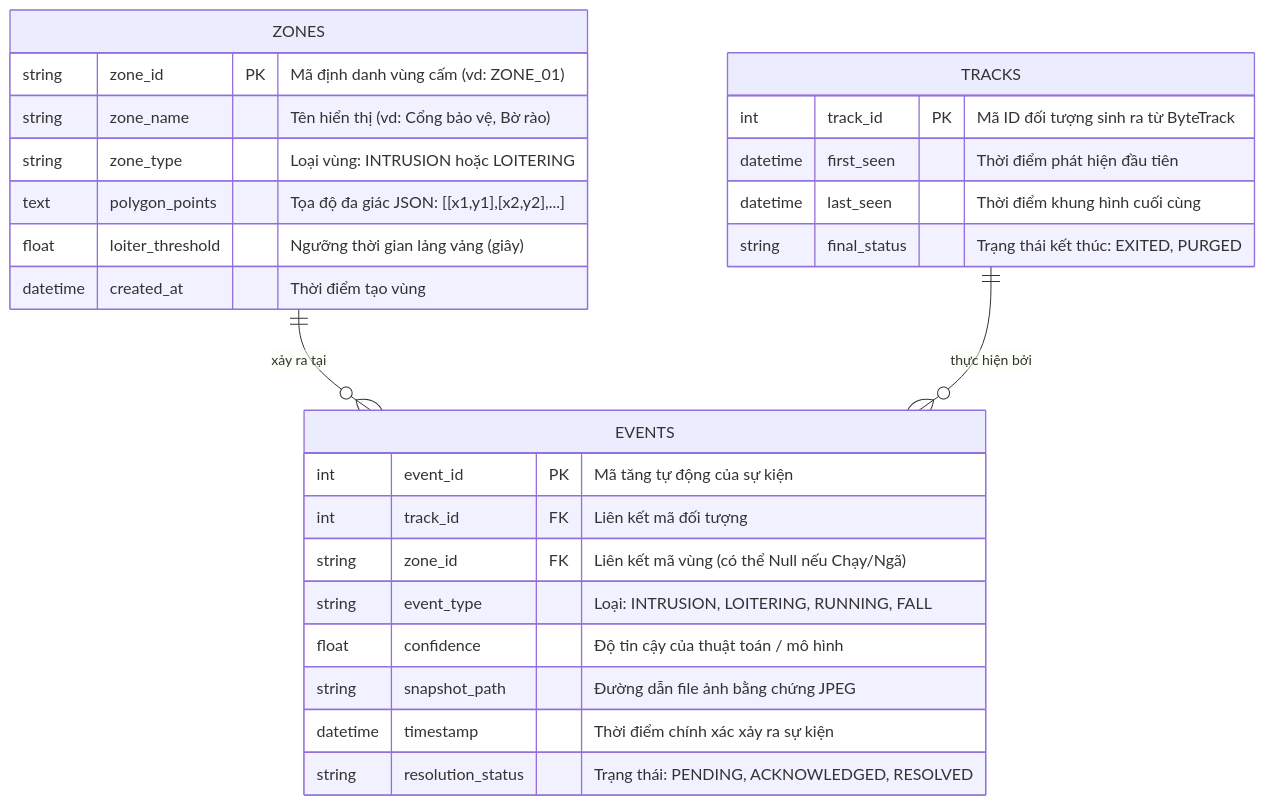
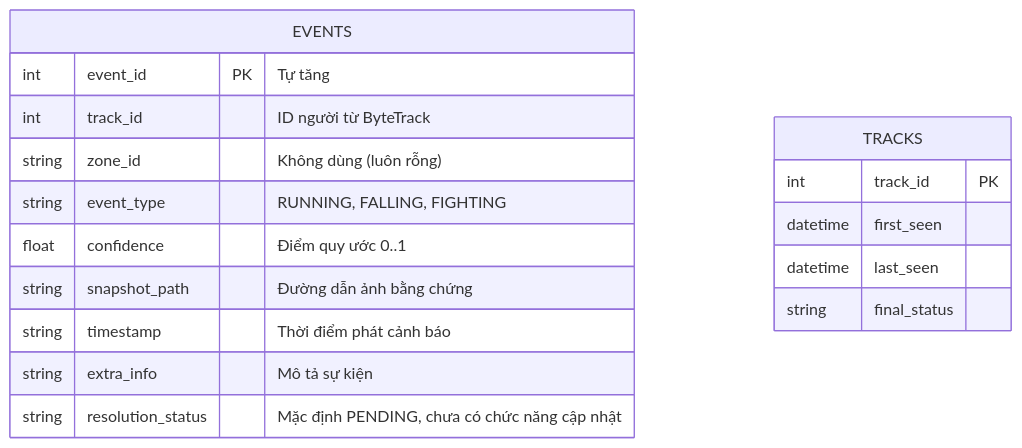
One commit to zindo511/HTTM changed the seventh of 7 diagrams in docs/03_thiet_ke_he_thong.md. Above: the diagram before and after it, drawn with Mermaid. The commit also changed other lines of this file and 45 other files, not shown here.

````diff
--- a/docs/03_thiet_ke_he_thong.md
+++ b/docs/03_thiet_ke_he_thong.md
@@ -355,32 +331,20 @@
 ```mermaid
 erDiagram
-    ZONES ||--o{ EVENTS : "xảy ra tại"
-    TRACKS ||--o{ EVENTS : "thực hiện bởi"
-
-    ZONES {
-        string zone_id PK "Mã định danh vùng cấm (vd: ZONE_01)"
-        string zone_name "Tên hiển thị (vd: Cổng bảo vệ, Bờ rào)"
-        string zone_type "Loại vùng: INTRUSION hoặc LOITERING"
-        text polygon_points "Tọa độ đa giác JSON: [[x1,y1],[x2,y2],...]"
-        float loiter_threshold "Ngưỡng thời gian lảng vảng (giây)"
-        datetime created_at "Thời điểm tạo vùng"
+    EVENTS {
+        int event_id PK "Tự tăng"
+        int track_id "ID người từ ByteTrack"
+        string zone_id "Không dùng (luôn rỗng)"
+        string event_type "RUNNING, FALLING, FIGHTING"
+        float confidence "Điểm quy ước 0..1"
+        string snapshot_path "Đường dẫn ảnh bằng chứng"
+        string timestamp "Thời điểm phát cảnh báo"
+        string extra_info "Mô tả sự kiện"
+        string resolution_status "Mặc định PENDING, chưa có chức năng cập nhật"
     }
-
     TRACKS {
-        int track_id PK "Mã ID đối tượng sinh ra từ ByteTrack"
-        datetime first_seen "Thời điểm phát hiện đầu tiên"
-        datetime last_seen "Thời điểm khung hình cuối cùng"
-        string final_status "Trạng thái kết thúc: EXITED, PURGED"
-    }
-
-    EVENTS {
-        int event_id PK "Mã tăng tự động của sự kiện"
-        int track_id FK "Liên kết mã đối tượng"
-        string zone_id FK "Liên kết mã vùng (có thể Null nếu Chạy/Ngã)"
-        string event_type "Loại: INTRUSION, LOITERING, RUNNING, FALL"
-        float confidence "Độ tin cậy của thuật toán / mô hình"
-        string snapshot_path "Đường dẫn file ảnh bằng chứng JPEG"
-        datetime timestamp "Thời điểm chính xác xảy ra sự kiện"
-        string resolution_status "Trạng thái: PENDING, ACKNOWLEDGED, RESOLVED"
+        int track_id PK
+        datetime first_seen
+        datetime last_seen
+        string final_status
     }
 ```
````
